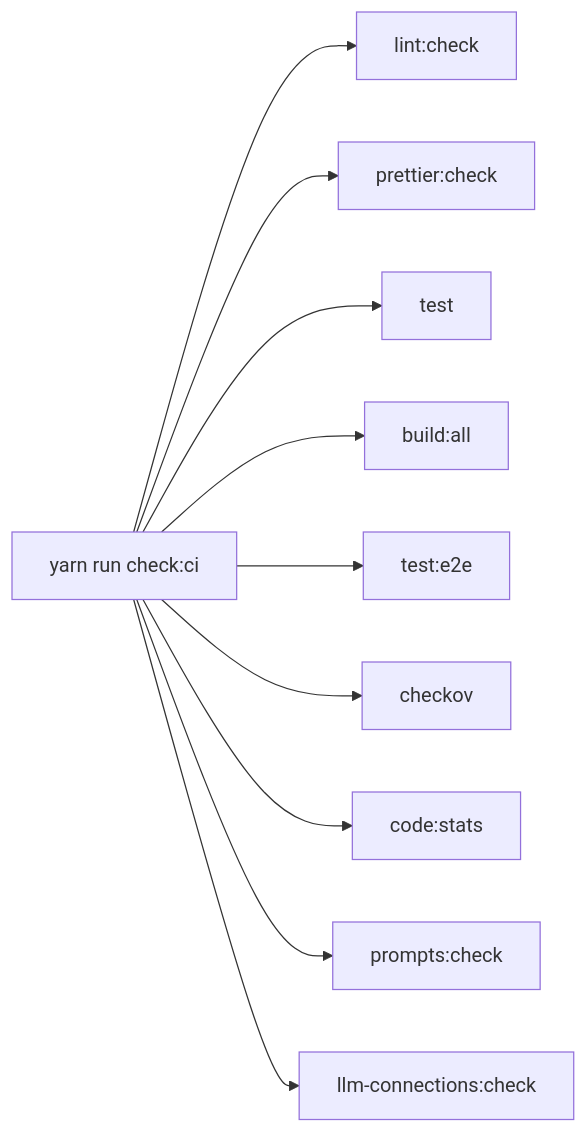
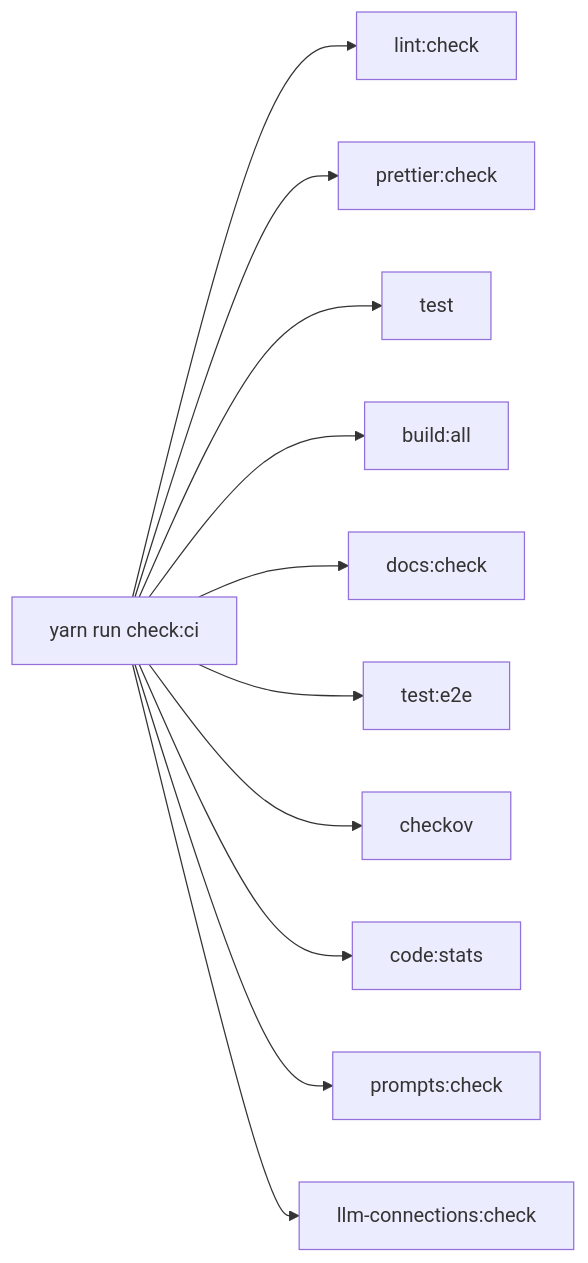
One commit to Chronote-gg/Chronote changed the second of 4 diagrams in README.md. Above: the diagram before and after it, drawn with Mermaid. The commit also changed other lines of this file and 34 other files, not shown here.

````diff
--- a/README.md
+++ b/README.md
@@ -91,12 +94,13 @@
 ```mermaid
 flowchart LR
   A["yarn run check:ci"] --> B["lint:check"]
   A --> C["prettier:check"]
   A --> D["test"]
   A --> E["build:all"]
-  A --> F["test:e2e"]
-  A --> G["checkov"]
-  A --> H["code:stats"]
-  A --> I["prompts:check"]
-  A --> J["llm-connections:check"]
+  A --> F["docs:check"]
+  A --> G["test:e2e"]
+  A --> H["checkov"]
+  A --> I["code:stats"]
+  A --> J["prompts:check"]
+  A --> K["llm-connections:check"]
 ```
````
